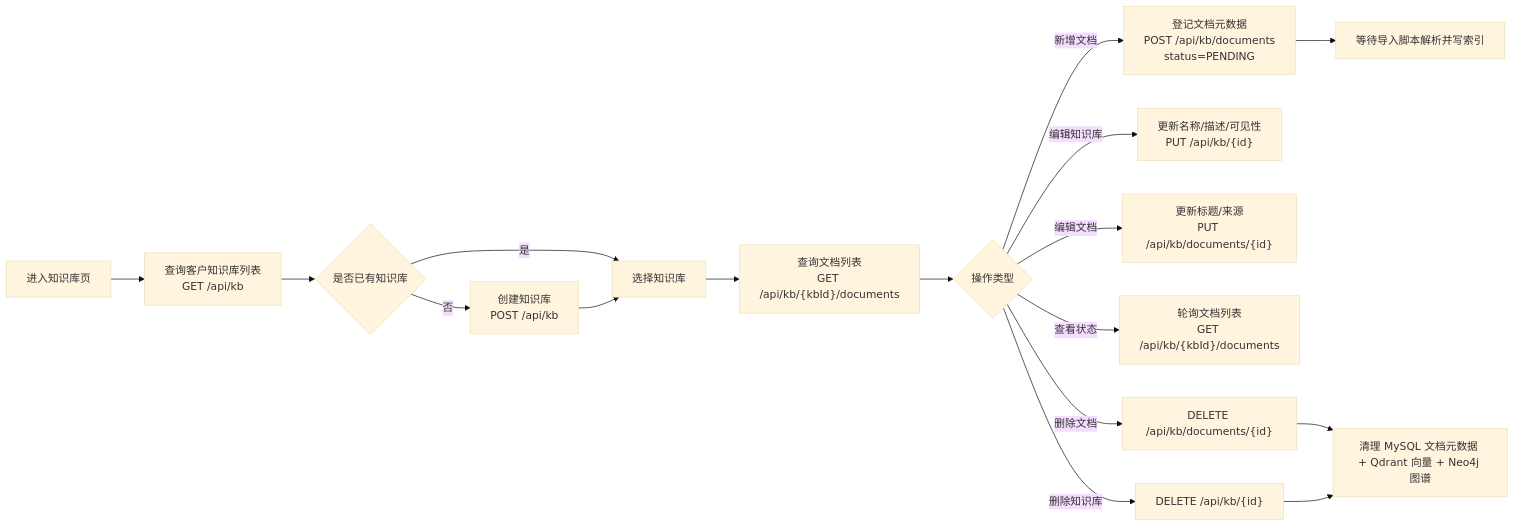
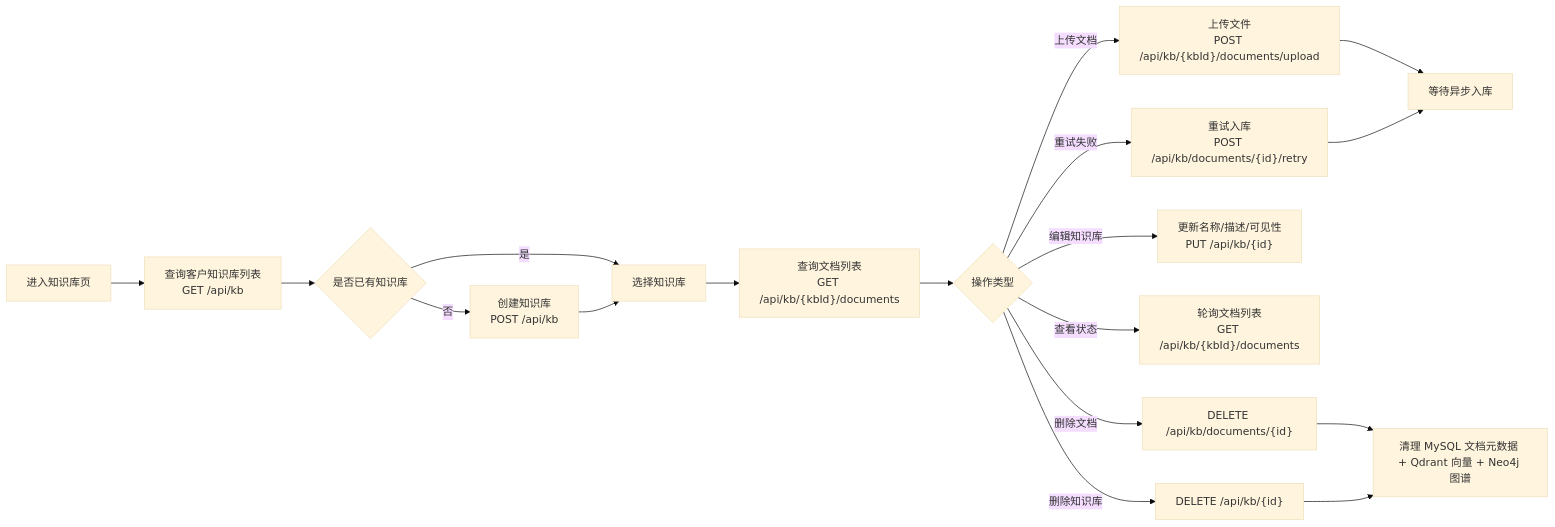
The second of 6 diagrams in docs/KB_OPERATION_FLOW.md (CarlosYonng/ai-agent-portfolio), drawn with Mermaid (base theme) before and after one commit. The commit also changed other lines of this file and 9 other files, not shown here.

````diff
--- a/docs/KB_OPERATION_FLOW.md
+++ b/docs/KB_OPERATION_FLOW.md
@@ -46,19 +47,20 @@
 ```mermaid
 flowchart LR
     A["进入知识库页"] --> B["查询客户知识库列表<br/>GET /api/kb"]
     B --> C{是否已有知识库}
     C -->|否| D["创建知识库<br/>POST /api/kb"]
     C -->|是| E["选择知识库"]
     D --> E
     E --> F["查询文档列表<br/>GET /api/kb/{kbId}/documents"]
     F --> G{操作类型}
-    G -->|新增文档| H["登记文档元数据<br/>POST /api/kb/documents<br/>status=PENDING"]
-    G -->|编辑知识库| I["更新名称/描述/可见性<br/>PUT /api/kb/{id}"]
-    G -->|编辑文档| J["更新标题/来源<br/>PUT /api/kb/documents/{id}"]
+    G -->|上传文档| H["上传文件<br/>POST /api/kb/{kbId}/documents/upload"]
+    G -->|重试失败| I["重试入库<br/>POST /api/kb/documents/{id}/retry"]
+    G -->|编辑知识库| J["更新名称/描述/可见性<br/>PUT /api/kb/{id}"]
     G -->|查看状态| K["轮询文档列表<br/>GET /api/kb/{kbId}/documents"]
     G -->|删除文档| L["DELETE /api/kb/documents/{id}"]
     G -->|删除知识库| M["DELETE /api/kb/{id}"]
-    H --> N["等待导入脚本解析并写索引"]
+    H --> N["等待异步入库"]
+    I --> N
     L --> O["清理 MySQL 文档元数据 + Qdrant 向量 + Neo4j 图谱"]
     M --> O
 ```
````
